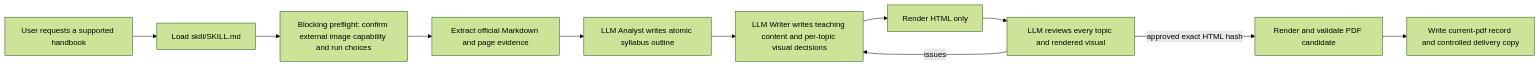
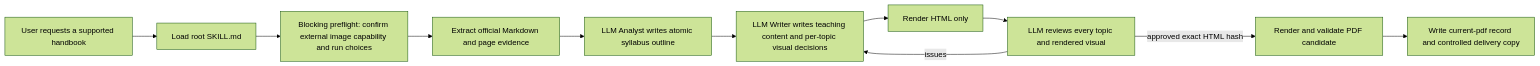
One commit to mianbaofang/exam-revision-handbook changed the first of 2 diagrams in docs/SKILL_EXPLAINED.md. Above: the diagram before and after it, drawn with Mermaid (forest theme). The commit also changed other lines of this file and 130 other files, not shown here.

````diff
--- a/docs/SKILL_EXPLAINED.md
+++ b/docs/SKILL_EXPLAINED.md
@@ -24,13 +24,13 @@
 ```mermaid
 flowchart LR
-  A["User requests a supported handbook"] --> B["Load skill/SKILL.md"]
+  A["User requests a supported handbook"] --> B["Load root SKILL.md"]
   B --> C["Blocking preflight: confirm external image capability and run choices"]
   C --> D["Extract official Markdown and page evidence"]
   D --> E["LLM Analyst writes atomic syllabus outline"]
   E --> F["LLM Writer writes teaching content and per-topic visual decisions"]
   F --> G["Render HTML only"]
   G --> H["LLM reviews every topic and rendered visual"]
   H -->|"issues"| F
   H -->|"approved exact HTML hash"| I["Render and validate PDF candidate"]
   I --> J["Write current-pdf record and controlled delivery copy"]
 ```
````
